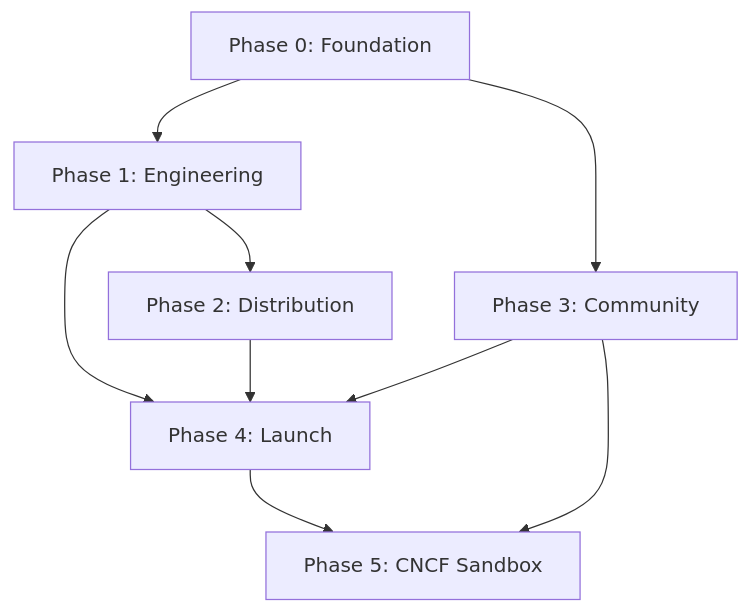
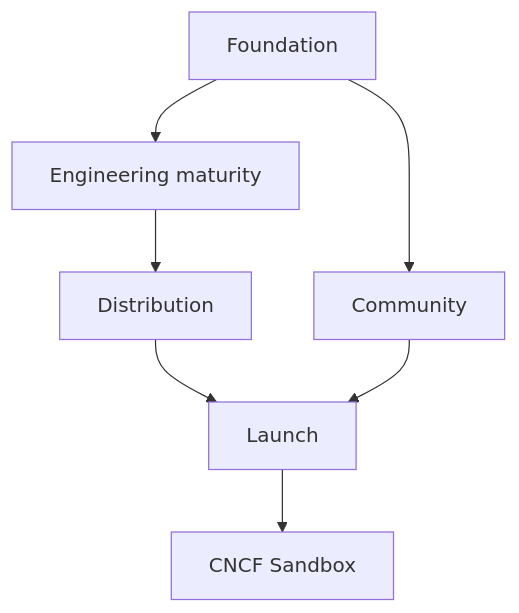
Before and after one commit to aryasoni98/alertkube: the diagram in docs/ROADMAP.md, drawn with Mermaid. The commit also changed other lines of this file and 22 other files, not shown here.

````diff
--- a/docs/ROADMAP.md
+++ b/docs/ROADMAP.md
@@ -13,11 +19,9 @@
 ```mermaid
 flowchart TB
-  P0[Phase 0: Foundation] --> P1[Phase 1: Engineering]
-  P0 --> P3[Phase 3: Community]
-  P1 --> P2[Phase 2: Distribution]
-  P1 --> P4[Phase 4: Launch]
-  P2 --> P4
-  P3 --> P4
-  P4 --> P5[Phase 5: CNCF Sandbox]
-  P3 --> P5
+  F[Foundation] --> E[Engineering maturity]
+  F --> C[Community]
+  E --> D[Distribution]
+  D --> L[Launch]
+  C --> L
+  L --> S[CNCF Sandbox]
 ```
````
